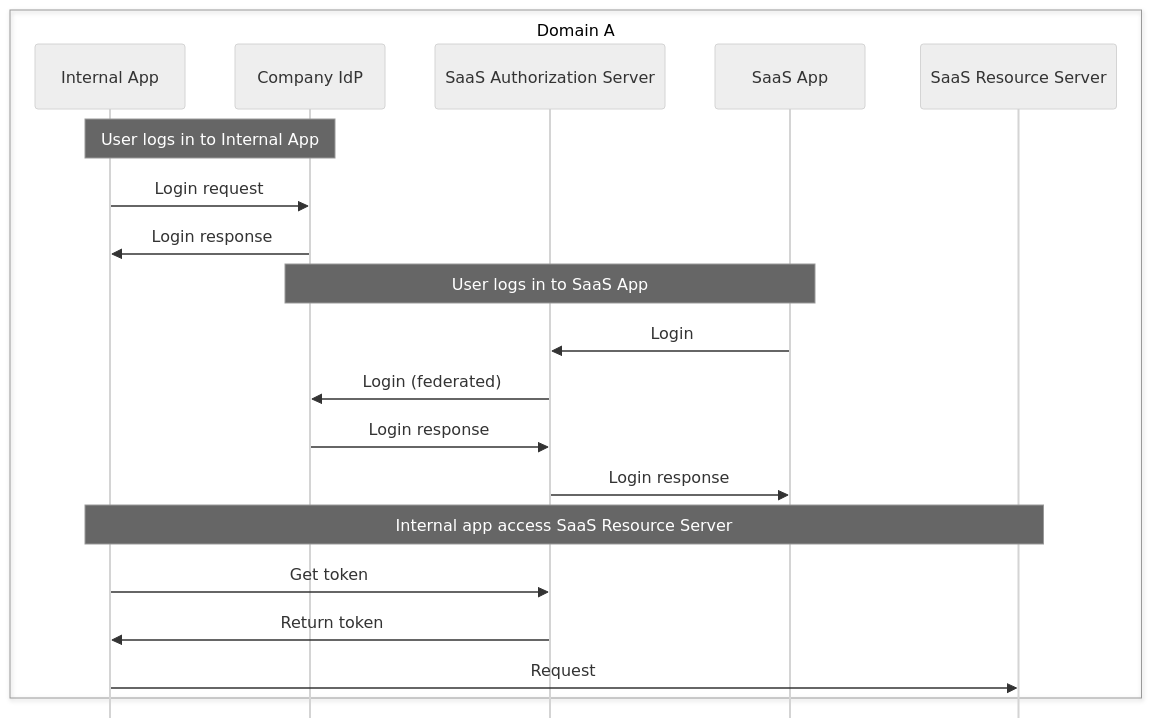
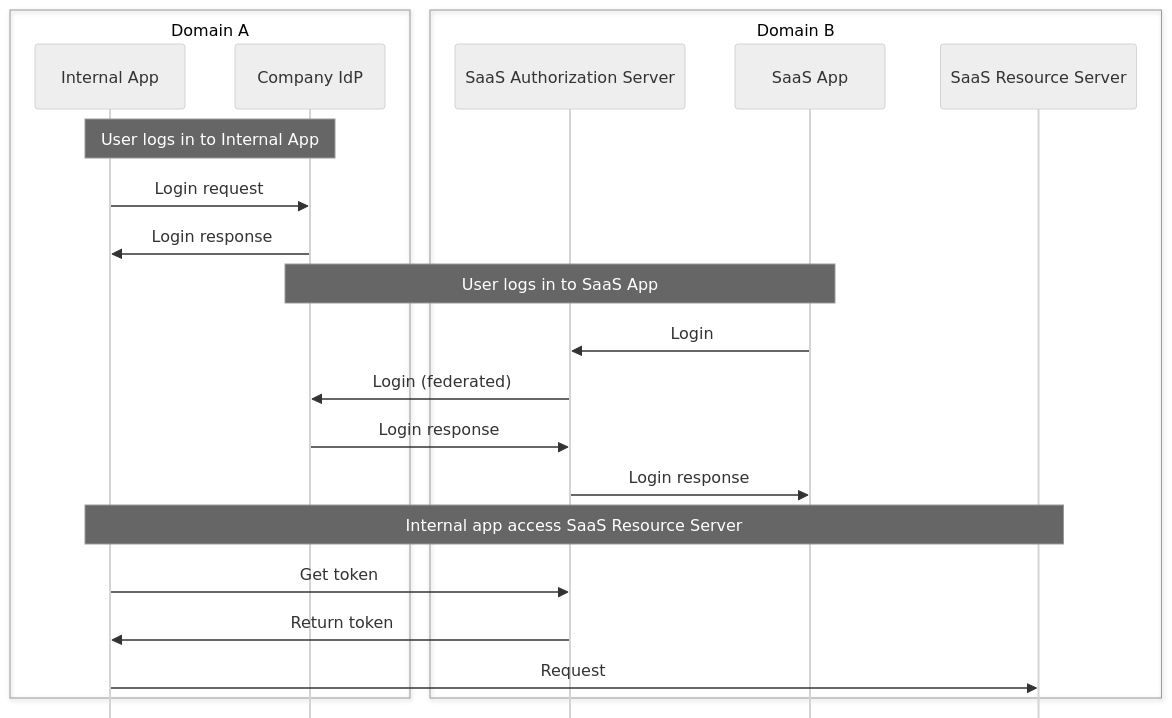
Before and after one commit to stianst/playground: the third of 3 diagrams in seq/usecases.md, drawn with Mermaid (neutral theme). The commit also changed other lines of this file, not shown here.

````diff
--- a/seq/usecases.md
+++ b/seq/usecases.md
@@ -55,27 +63,29 @@
 ```mermaid
 ---
 config:
     mirrorActors: false
 ---
 sequenceDiagram
     box Domain A
     participant A as Internal App
     participant IDP as Company IdP
+    end
+    box Domain B
     participant SAS as SaaS Authorization Server
     participant SA as SaaS App
     participant SRS as SaaS Resource Server
     end
 
     Note over A,IDP: User logs in to Internal App
     A->>IDP: Login request
     IDP->>A: Login response
     Note over SA,IDP: User logs in to SaaS App
     SA->>SAS: Login
     SAS->>IDP: Login (federated)
     IDP->>SAS: Login response
     SAS->>SA: Login response
     Note over A,SRS: Internal app access SaaS Resource Server
     A->>SAS: Get token
     SAS->>A: Return token
     A->>SRS: Request
 ```
````
